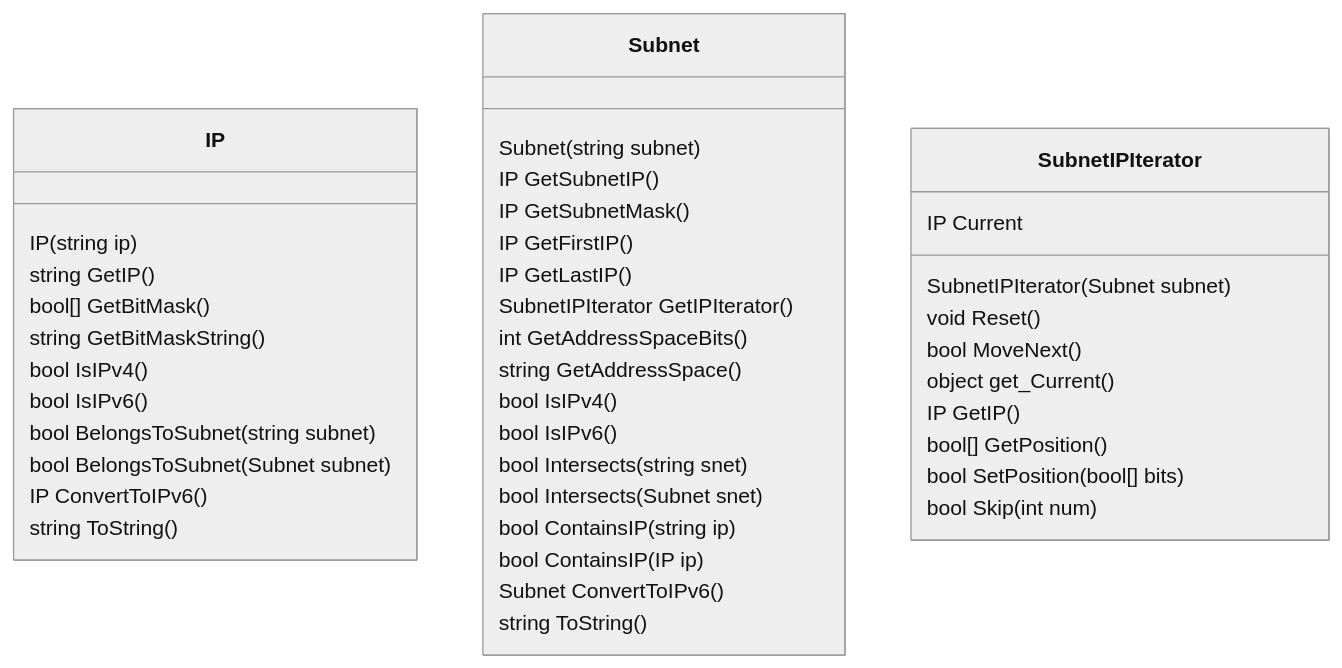
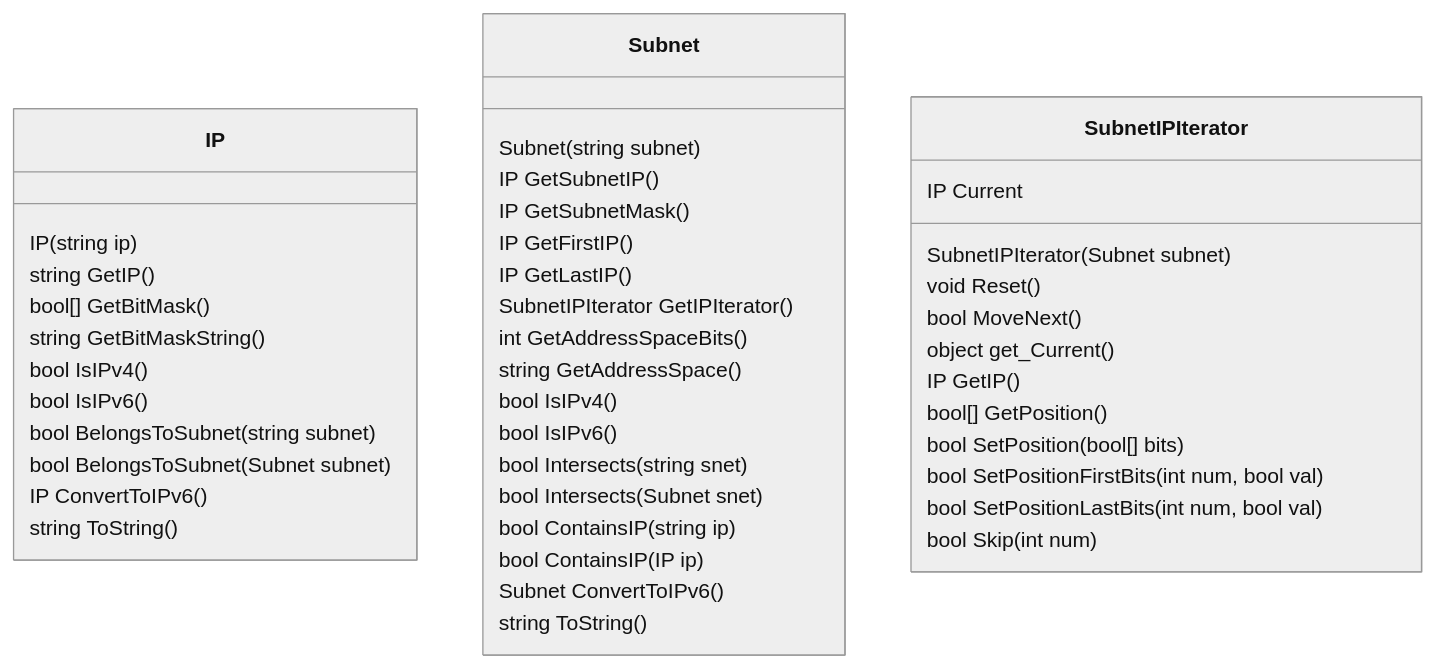
The diagram in README.md (qxsch/powershell-ipnet), drawn with Mermaid (neutral theme) before and after one commit. The commit also changed 1 other file, not shown here.

Commit message:
added First and Last Bit Setters

````diff
--- a/README.md
+++ b/README.md
@@ -11,45 +11,47 @@
 ```mermaid
 classDiagram
     class IP{
         IP(string ip)
         string GetIP()
         bool[] GetBitMask()
         string GetBitMaskString()
         bool IsIPv4()
         bool IsIPv6()
         bool BelongsToSubnet(string subnet)
         bool BelongsToSubnet(Subnet subnet)
         IP ConvertToIPv6()
         string ToString()
     }
     class Subnet {
         Subnet(string subnet)
         IP GetSubnetIP()
         IP GetSubnetMask()
         IP GetFirstIP()
         IP GetLastIP()
         SubnetIPIterator GetIPIterator()
         int GetAddressSpaceBits()
         string GetAddressSpace()
         bool IsIPv4()
         bool IsIPv6()
         bool Intersects(string snet)
         bool Intersects(Subnet snet)
         bool ContainsIP(string ip)
         bool ContainsIP(IP ip)
         Subnet ConvertToIPv6()
         string ToString()
     }
 
     class SubnetIPIterator {
         IP Current
         SubnetIPIterator(Subnet subnet)
         void Reset()
         bool MoveNext()
         object get_Current()
         IP GetIP()
         bool[] GetPosition()
         bool SetPosition(bool[] bits)
+        bool SetPositionFirstBits(int num, bool val)
+        bool SetPositionLastBits(int num, bool val)
         bool Skip(int num)
     }
 ```
````
